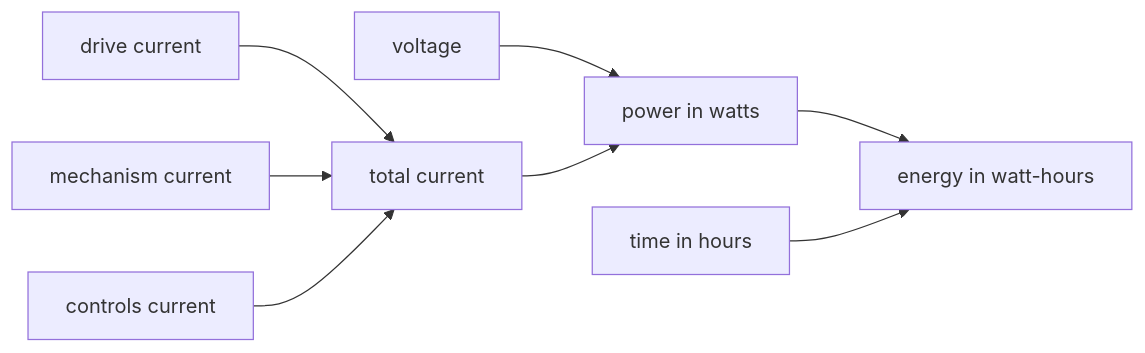
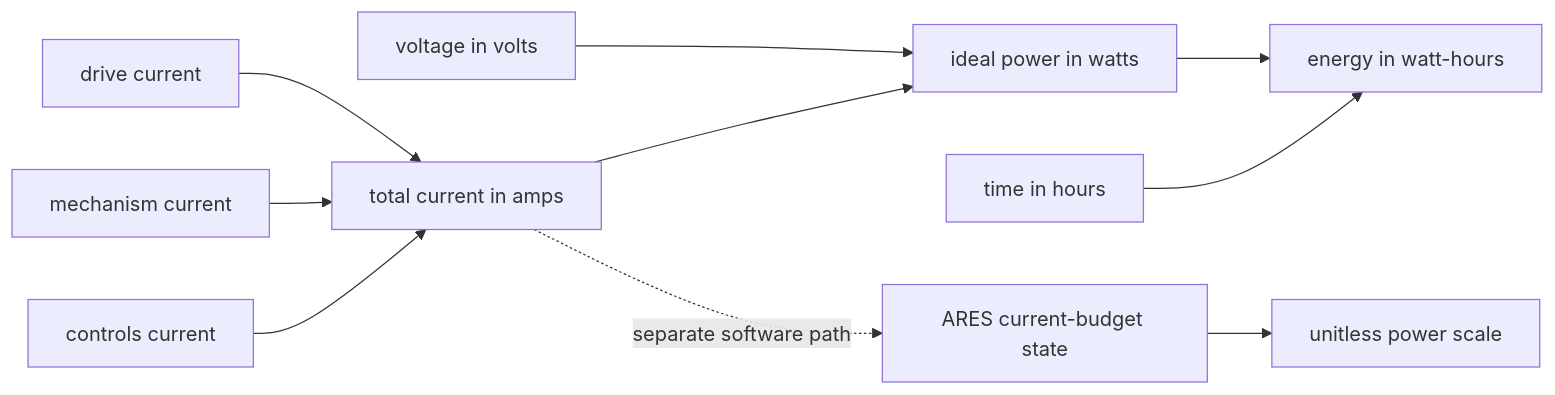
The diagram in content/learning/electrical-systems/01-voltage-current-power.md (ARES-23247/ARESWEB), drawn with Mermaid before and after one commit. The commit also changed other lines of this file and 6 other files, not shown here.

Commit message:
docs(academy): connect electrical units to ARES current budget

````diff
--- a/content/learning/electrical-systems/01-voltage-current-power.md
+++ b/content/learning/electrical-systems/01-voltage-current-power.md
@@ -50,11 +52,13 @@
 ```mermaid
-%% aria: Three lesson-only load currents add to total current. Voltage times total current gives power. Power times time in hours gives energy.
+%% aria: Three lesson-only currents add to total current. Voltage times total current gives ideal power. Ideal power times time in hours gives energy. A separate arrow sends current evidence into the ARES current-budget state machine, which produces a unitless power scale.
 flowchart LR
-  A["drive current"] --> T["total current"]
-  B["mechanism current"] --> T
-  C["controls current"] --> T
-  V["voltage"] --> P["power in watts"]
-  T --> P
-  P --> E["energy in watt-hours"]
-  H["time in hours"] --> E
+    D["drive current"] --> T["total current in amps"]
+    M["mechanism current"] --> T
+    C["controls current"] --> T
+    V["voltage in volts"] --> P["ideal power in watts"]
+    T --> P
+    P --> E["energy in watt-hours"]
+    H["time in hours"] --> E
+    T -. "separate software path" .-> B["ARES current-budget state"]
+    B --> S["unitless power scale"]
 ```
````
